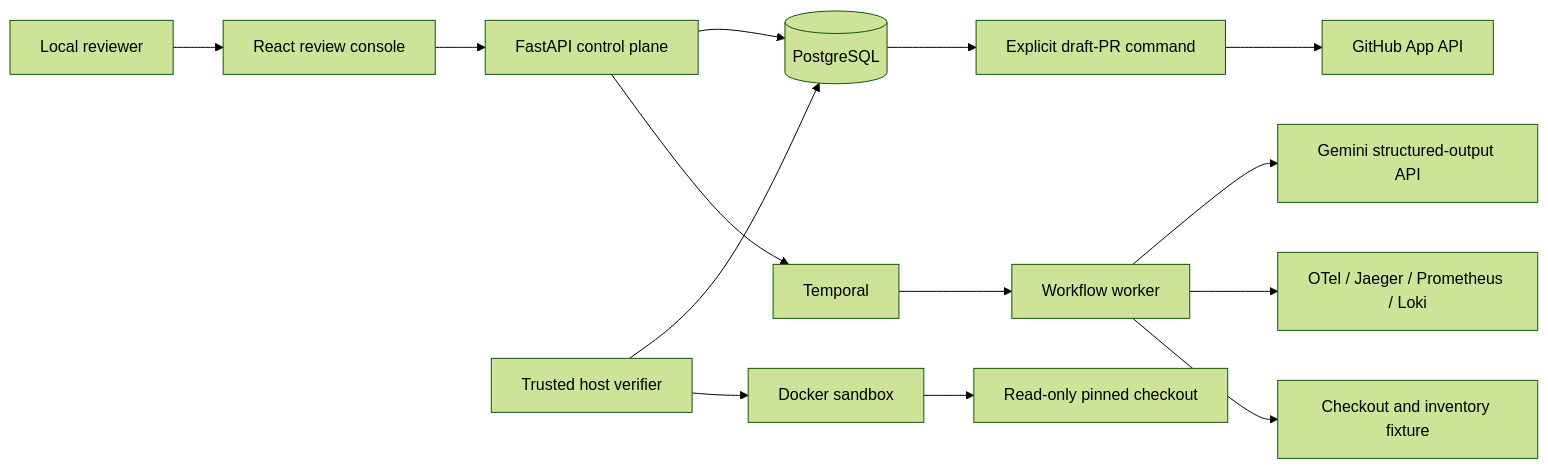
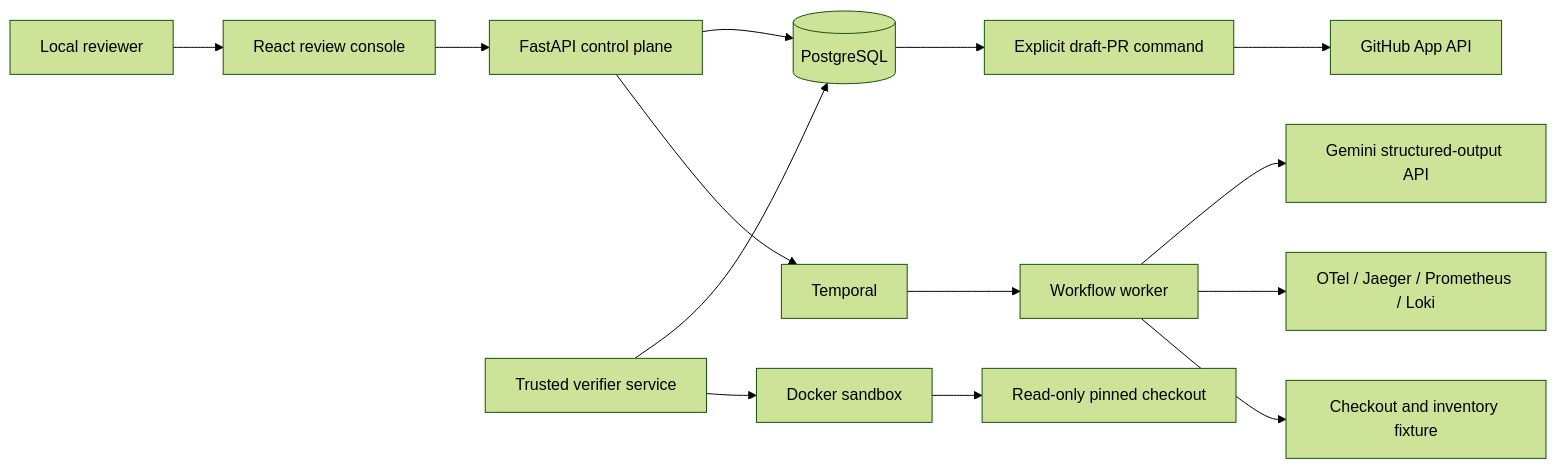
Before and after one commit to rajat-blr/incidentlab: the diagram in docs/architecture.md, drawn with Mermaid (forest theme). The commit also changed other lines of this file and 15 other files, not shown here.

````diff
--- a/docs/architecture.md
+++ b/docs/architecture.md
@@ -3,16 +3,16 @@
 ```mermaid
 flowchart LR
     U[Local reviewer] --> UI[React review console]
     UI --> API[FastAPI control plane]
     API --> DB[(PostgreSQL)]
     API --> T[Temporal]
     T --> W[Workflow worker]
     W --> G[Gemini structured-output API]
     W --> O[OTel / Jaeger / Prometheus / Loki]
     W --> S[Checkout and inventory fixture]
-    H[Trusted host verifier] --> DB
+    H[Trusted verifier service] --> DB
     H --> D[Docker sandbox]
     D --> C[Read-only pinned checkout]
     CLI[Explicit draft-PR command] --> GH[GitHub App API]
     DB --> CLI
 ```
````
